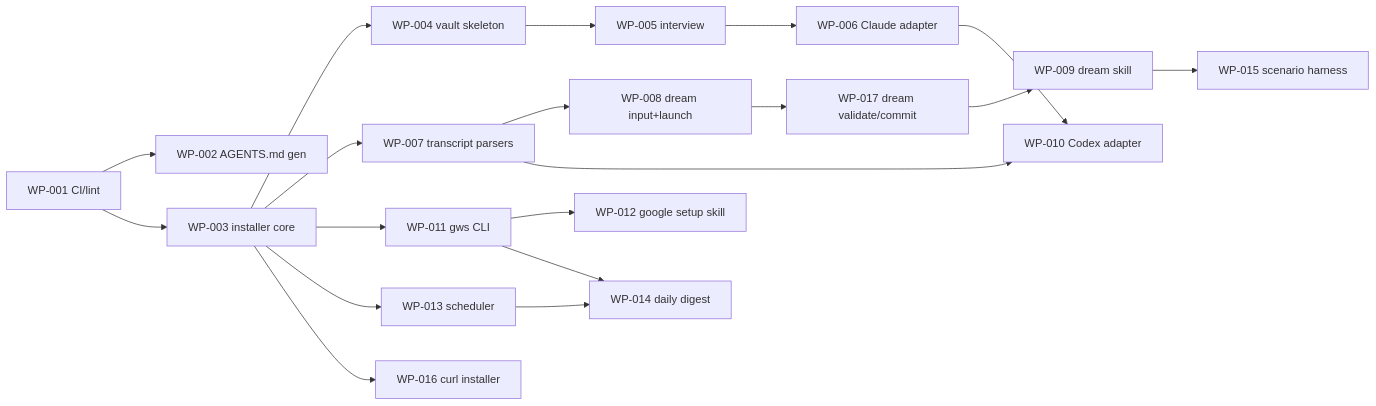
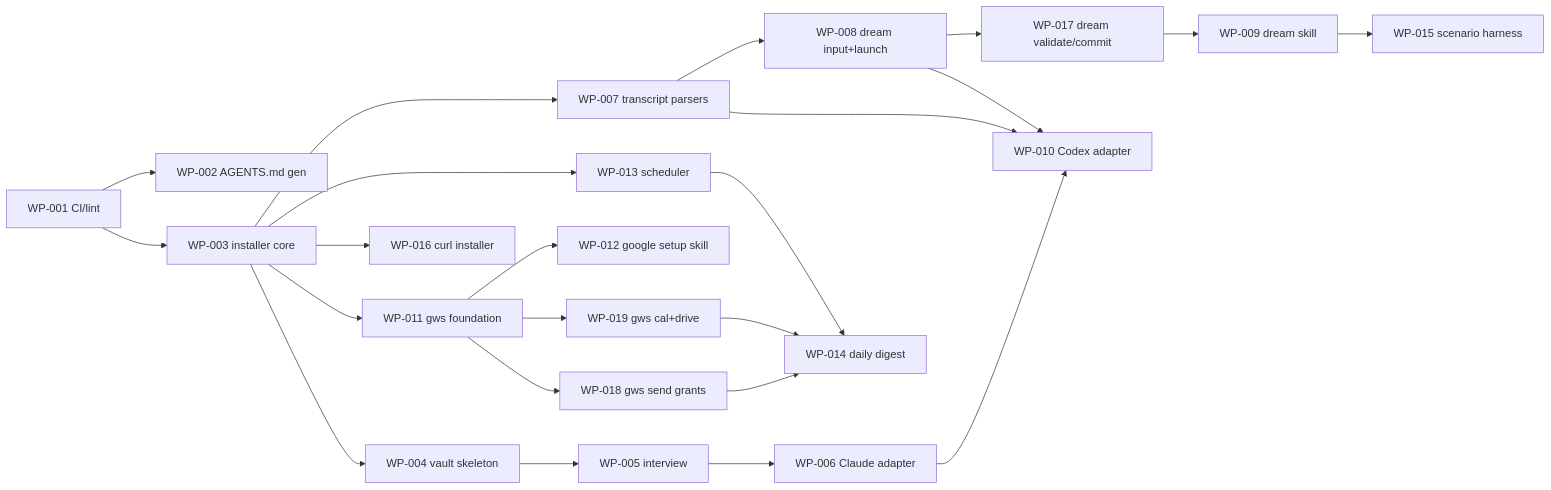
The diagram in docs/specs/ROADMAP.md (wienerdog-ai/wienerdog), drawn with Mermaid before and after one commit. The commit also changed other lines of this file and 4 other files, not shown here.

````diff
--- a/docs/specs/ROADMAP.md
+++ b/docs/specs/ROADMAP.md
@@ -42,21 +44,25 @@
 ```mermaid
 graph LR
   WP001[WP-001 CI/lint] --> WP002[WP-002 AGENTS.md gen]
   WP001 --> WP003[WP-003 installer core]
   WP003 --> WP004[WP-004 vault skeleton]
   WP004 --> WP005[WP-005 interview]
   WP005 --> WP006[WP-006 Claude adapter]
   WP003 --> WP007[WP-007 transcript parsers]
   WP007 --> WP008[WP-008 dream input+launch]
   WP008 --> WP017[WP-017 dream validate/commit]
   WP017 --> WP009[WP-009 dream skill]
   WP006 --> WP010[WP-010 Codex adapter]
   WP007 --> WP010
-  WP003 --> WP011[WP-011 gws CLI]
+  WP008 --> WP010
+  WP003 --> WP011[WP-011 gws foundation]
   WP011 --> WP012[WP-012 google setup skill]
+  WP011 --> WP018[WP-018 gws send grants]
+  WP011 --> WP019[WP-019 gws cal+drive]
   WP003 --> WP013[WP-013 scheduler]
-  WP011 --> WP014[WP-014 daily digest]
+  WP018 --> WP014[WP-014 daily digest]
+  WP019 --> WP014
   WP013 --> WP014
   WP009 --> WP015[WP-015 scenario harness]
   WP003 --> WP016[WP-016 curl installer]
 ```
````
